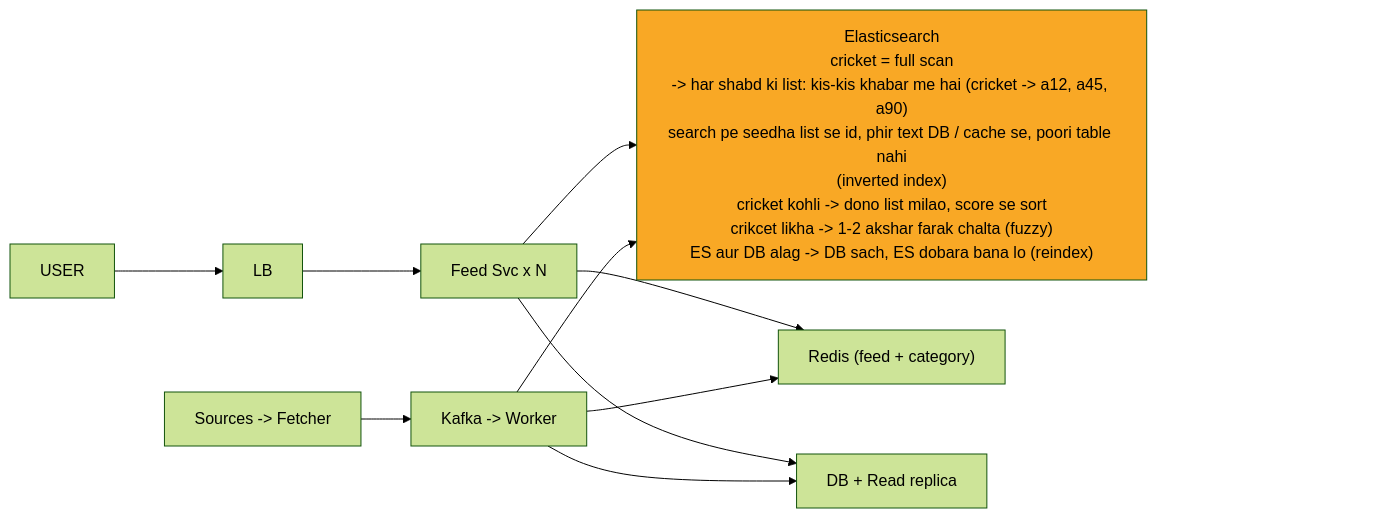
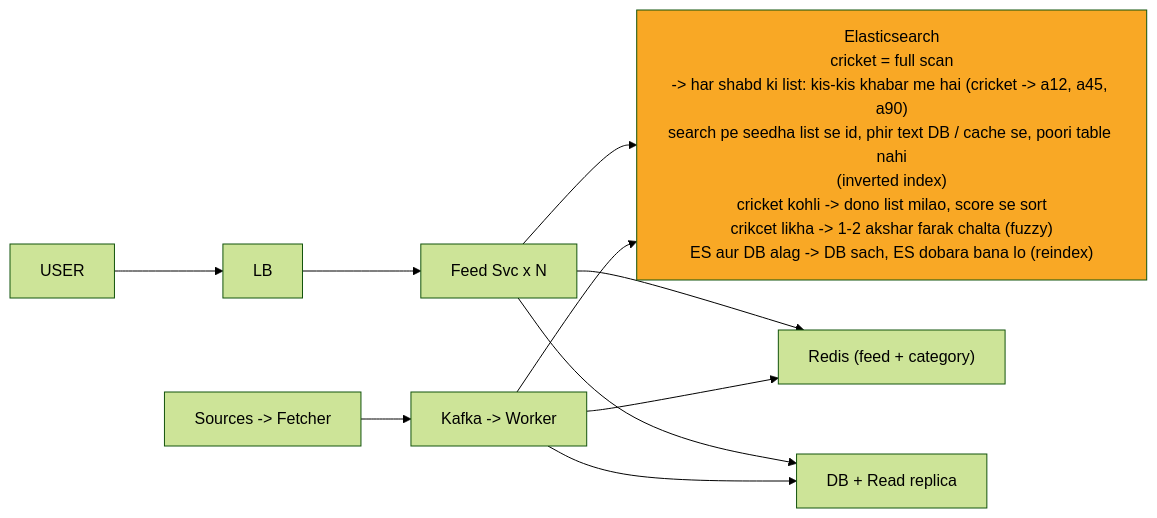
The eighth of 11 diagrams in 04_HLD/SYSTEM_DESIGNS/08_news_aggregator/08_news_aggregator_INTERVIEW.md (ArpanMaheshwari144/Prep), drawn with Mermaid (forest theme) before and after one commit. The commit also changed other lines of this file and 182 other files, not shown here.

Commit message:
hld 14 file: har diagram mermaid-cli se SVG image (source details me), n_pad hataya, render tool 04_HLD/tools

````diff
--- a/04_HLD/SYSTEM_DESIGNS/08_news_aggregator/08_news_aggregator_INTERVIEW.md
+++ b/04_HLD/SYSTEM_DESIGNS/08_news_aggregator/08_news_aggregator_INTERVIEW.md
@@ -350,25 +382,22 @@
 ```mermaid
 %%{init: {"flowchart": {"wrappingWidth": 450}}}%%
 flowchart LR
     n_USER["USER"]
     n_LB["LB"]
     n_Feed_Svc_xN["Feed Svc x N"]
     n_Elasticsearch["Elasticsearch<br/>cricket = full scan<br/>-> har shabd ki list: kis-kis khabar me hai (cricket -> a12, a45, a90)<br/>search pe seedha list se id, phir text DB / cache se, poori table nahi<br/>(inverted index)<br/>cricket kohli -> dono list milao, score se sort<br/>crikcet likha -> 1-2 akshar farak chalta (fuzzy)<br/>ES aur DB alag -> DB sach, ES dobara bana lo (reindex)"]
     n_Redis["Redis (feed + category)"]
     n_DBR["DB + Read replica"]
     n_KW["Kafka -> Worker"]
     n_SF["Sources -> Fetcher"]
     n_USER --> n_LB
     n_LB --> n_Feed_Svc_xN
     n_Feed_Svc_xN --> n_Elasticsearch
     n_Feed_Svc_xN --> n_Redis
     n_Feed_Svc_xN --> n_DBR
     n_KW --> n_DBR
     n_KW --> n_Redis
     n_KW --> n_Elasticsearch
     n_SF --> n_KW
-    n_pad["xxxxxxxxxxxxxxxx"]
-    n_Elasticsearch ~~~ n_pad
     style n_Elasticsearch fill:#f9a825,color:#000
-    style n_pad fill:none,stroke:none,color:#ffffff00
 ```
````
